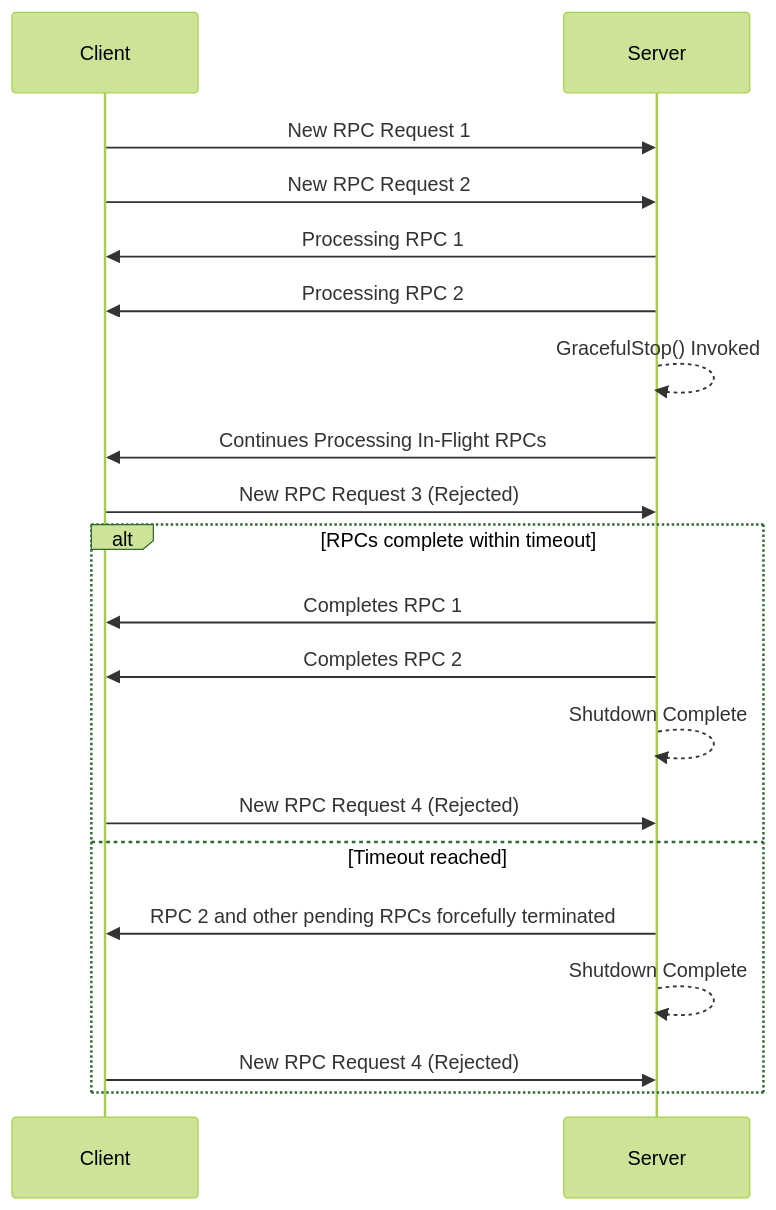
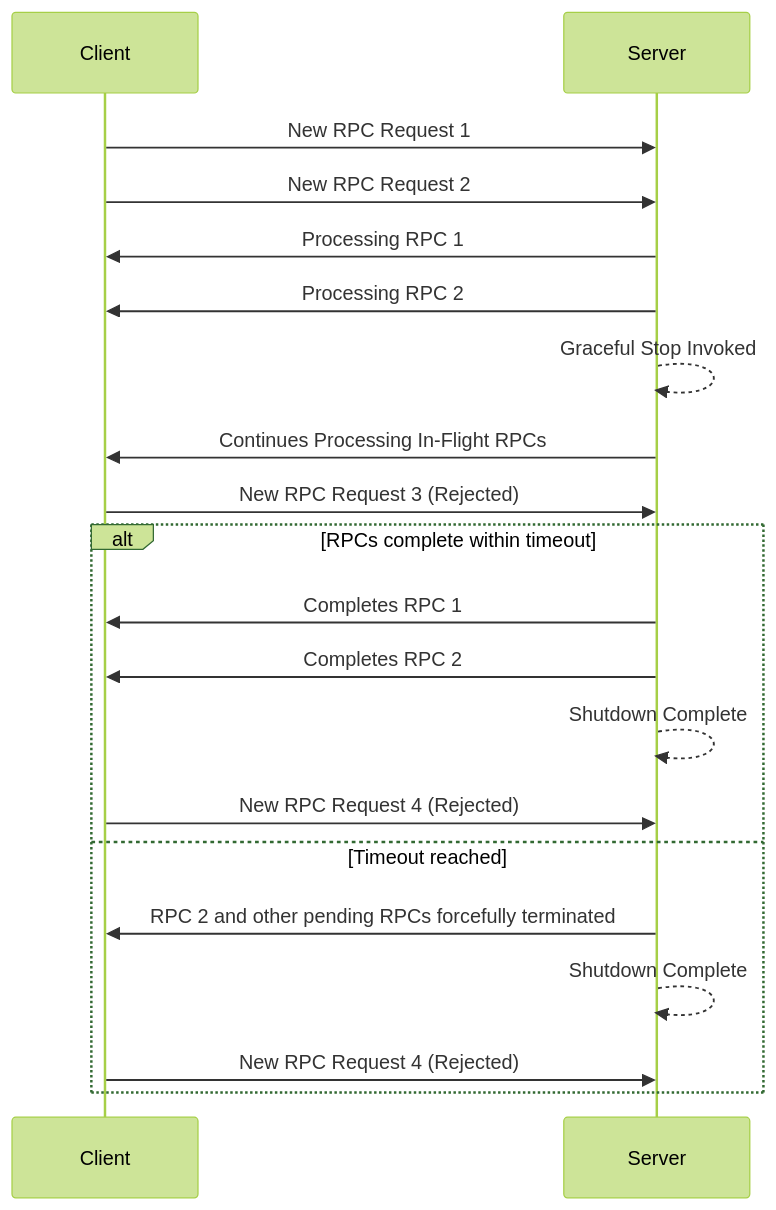
The first of 2 diagrams in content/en/docs/guides/server-graceful-stop.md (grpc/grpc.io), drawn with Mermaid (forest theme) before and after one commit. The commit also changed other lines of this file, not shown here.

````diff
--- a/content/en/docs/guides/server-graceful-stop.md
+++ b/content/en/docs/guides/server-graceful-stop.md
@@ -40,20 +39,20 @@
 ```mermaid
 sequenceDiagram
 Client->>Server: New RPC Request 1
 Client->>Server: New RPC Request 2
 Server->>Client: Processing RPC 1
 Server->>Client: Processing RPC 2
-Server-->>Server: GracefulStop() Invoked
+Server-->>Server: Graceful Stop Invoked
 Server->>Client: Continues Processing In-Flight RPCs
 Client->>Server: New RPC Request 3 (Rejected)
 alt RPCs complete within timeout
     Server->>Client: Completes RPC 1
     Server->>Client: Completes RPC 2
     Server-->>Server: Shutdown Complete
     Client->>Server: New RPC Request 4 (Rejected)
 else Timeout reached
     Server->>Client: RPC 2 and other pending RPCs forcefully terminated
     Server-->>Server: Shutdown Complete
     Client->>Server: New RPC Request 4 (Rejected)
 end
 ```
````
